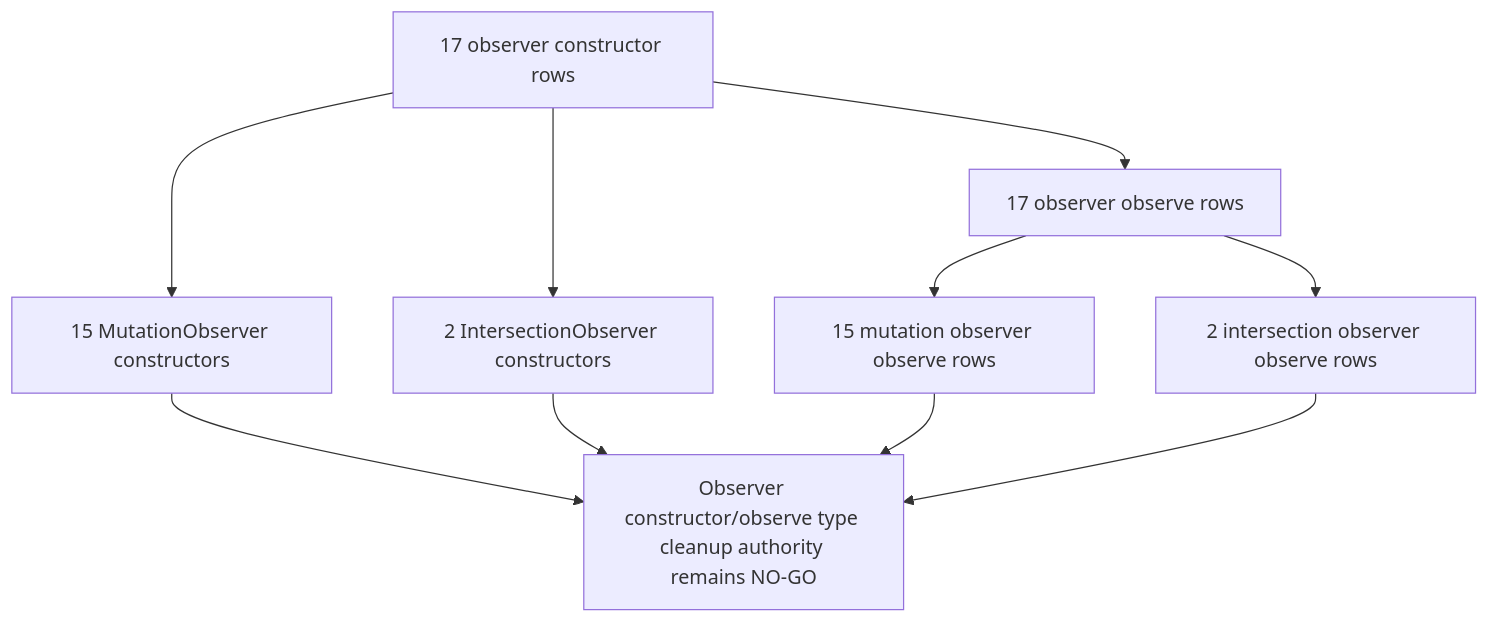
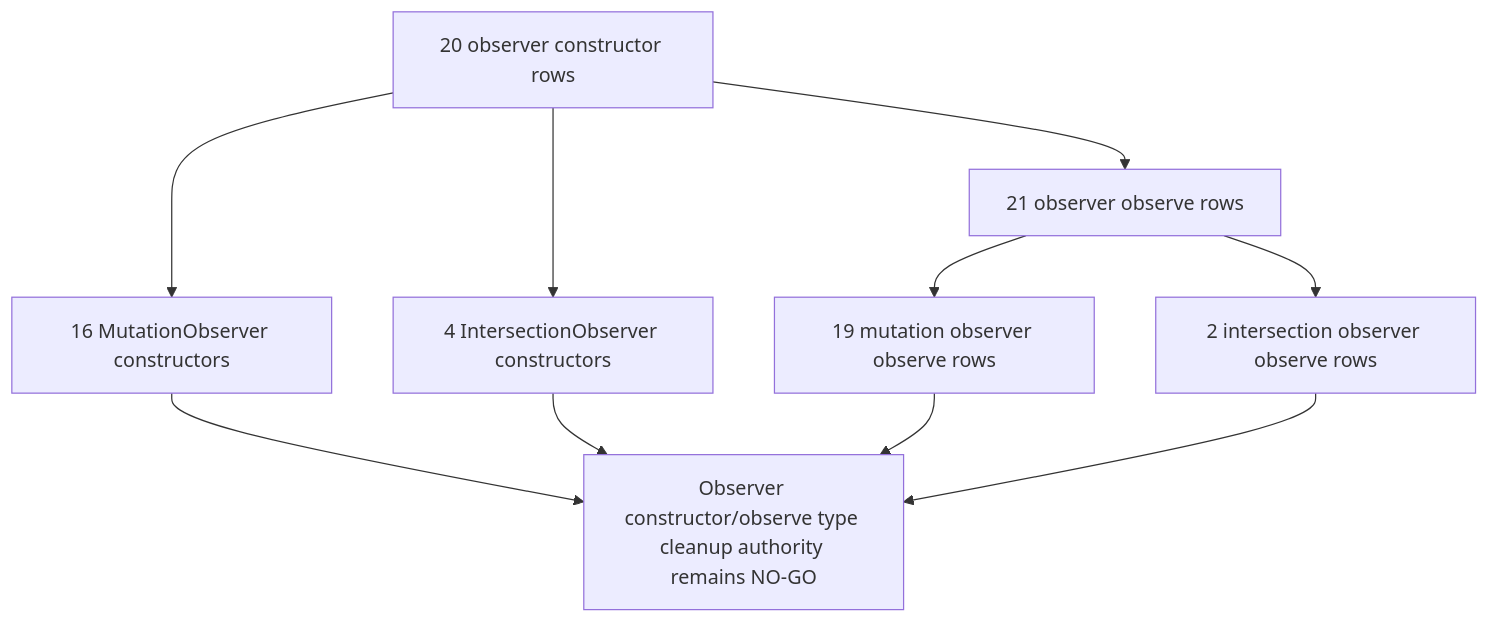
Diagram 15 of 47 in docs/audit/FILTERTUBE_LIFECYCLE_INSTANCE_REGISTER_2026-05-18.md (varshneydevansh/FilterTube), drawn with Mermaid before and after one commit. The commit also changed other lines of this file and 8 other files, not shown here.

````diff
--- a/docs/audit/FILTERTUBE_LIFECYCLE_INSTANCE_REGISTER_2026-05-18.md
+++ b/docs/audit/FILTERTUBE_LIFECYCLE_INSTANCE_REGISTER_2026-05-18.md
@@ -1332,12 +1355,12 @@
 ```mermaid
 flowchart TD
-  A["17 observer constructor rows"] --> B["15 MutationObserver constructors"]
-  A --> C["2 IntersectionObserver constructors"]
-  A --> D["17 observer observe rows"]
-  D --> E["15 mutation observer observe rows"]
+  A["20 observer constructor rows"] --> B["16 MutationObserver constructors"]
+  A --> C["4 IntersectionObserver constructors"]
+  A --> D["21 observer observe rows"]
+  D --> E["19 mutation observer observe rows"]
   D --> F["2 intersection observer observe rows"]
   B --> G["Observer constructor/observe type cleanup authority remains NO-GO"]
   C --> G
   E --> G
   F --> G
 ```
````
